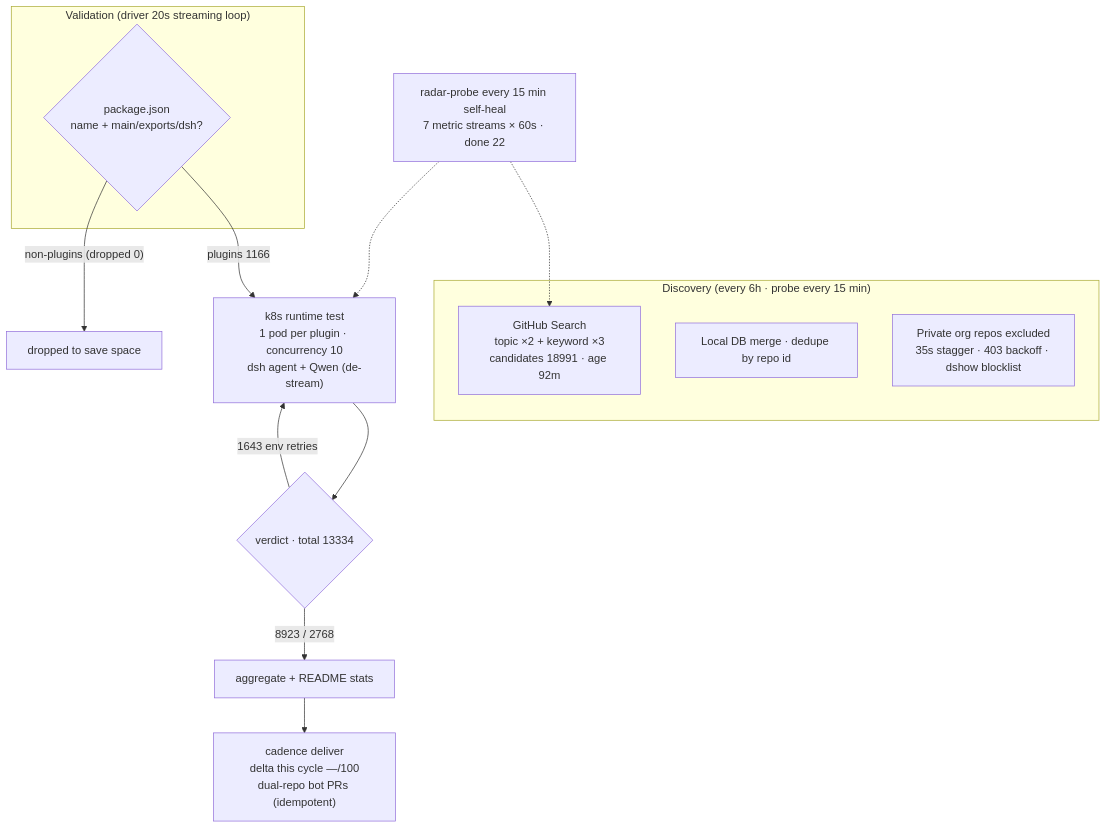
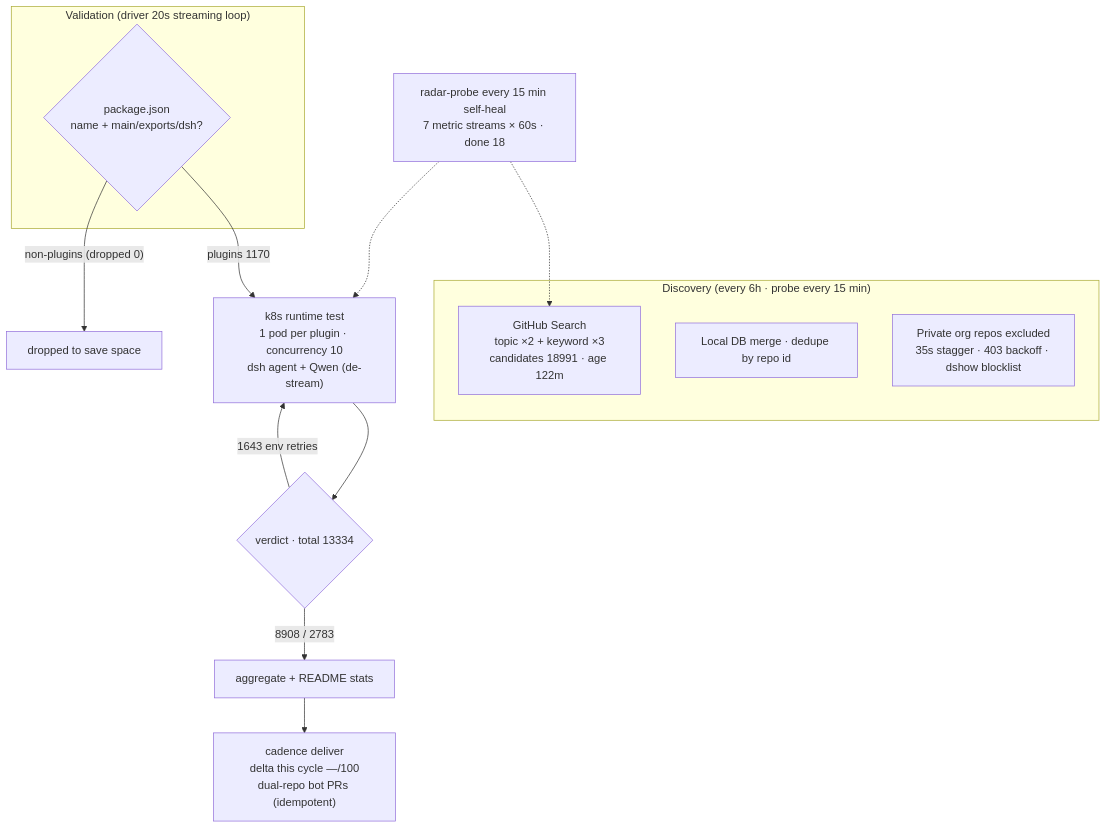
One commit to AdamPlatin123/dsh-plugin-radar changed the diagram in README.en-US.md. Above: the diagram before and after it, drawn with Mermaid. The commit also changed other lines of this file and 11 other files, not shown here.

````diff
--- a/README.en-US.md
+++ b/README.en-US.md
@@ -45,20 +45,20 @@
 ```mermaid
 flowchart TB
     subgraph Discovery["Discovery (every 6h · probe every 15 min)"]
-        A1["GitHub Search<br/>topic ×2 + keyword ×3<br/>candidates 18991 · age 92m"]
+        A1["GitHub Search<br/>topic ×2 + keyword ×3<br/>candidates 18991 · age 122m"]
         A2["Local DB merge · dedupe by repo id"]
         A3["Private org repos excluded<br/>35s stagger · 403 backoff · dshow blocklist"]
     end
     subgraph Validation["Validation (driver 20s streaming loop)"]
         B1{"package.json<br/>name + main/exports/dsh?"}
     end
-    B1 -->|"plugins 1166"| C1["k8s runtime test<br/>1 pod per plugin · concurrency 10<br/>dsh agent + Qwen (de-stream)"]
+    B1 -->|"plugins 1170"| C1["k8s runtime test<br/>1 pod per plugin · concurrency 10<br/>dsh agent + Qwen (de-stream)"]
     B1 -->|"non-plugins (dropped 0)"| B3["dropped to save space"]
     C1 --> D1{"verdict · total 13334"}
-    D1 -->|"8923 / 2768"| E1["aggregate + README stats"]
+    D1 -->|"8908 / 2783"| E1["aggregate + README stats"]
     D1 -->|"1643 env retries"| C1
     E1 --> E2["cadence deliver<br/>delta this cycle —/100<br/>dual-repo bot PRs (idempotent)"]
-    M["radar-probe every 15 min self-heal<br/>7 metric streams × 60s · done 22"]
+    M["radar-probe every 15 min self-heal<br/>7 metric streams × 60s · done 18"]
     M -.-> A1
     M -.-> C1
 ```
````
